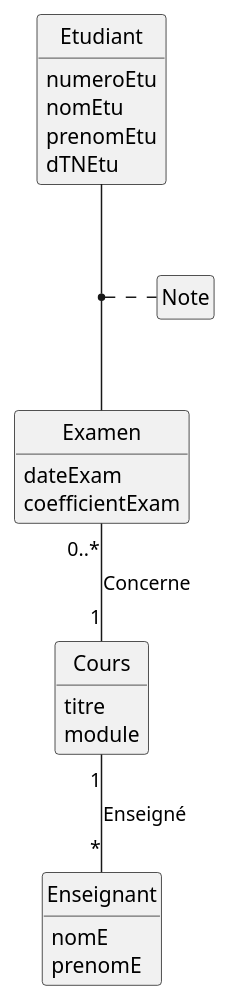
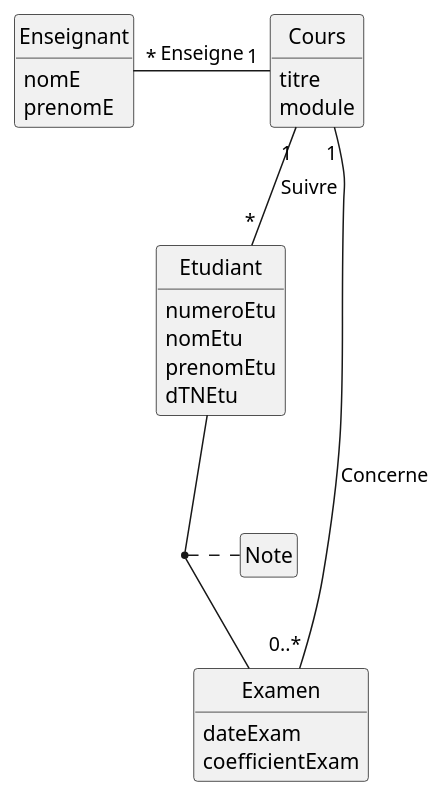
Before and after one commit to IUT-Blagnac/bcoo-LordHugo02: the diagram in TD1/TD1.2.1.plantuml, drawn with PlantUML. The commit also changed 2 other files, not shown here.

Commit message:
Diagramme canin

```diff
--- a/TD1/TD1.2.1.plantuml
+++ b/TD1/TD1.2.1.plantuml
@@ -1,48 +1,50 @@
 @startuml Titre
 '--------------------------------
 ' Parametres pour le dessin
 '--------------------------------
 hide circle
 hide empty members
 hide empty methods
 '--------------------------------
 
 class Etudiant
  {
     numeroEtu
     nomEtu
     prenomEtu
     dTNEtu
 }
 
 class Examen
 {
     dateExam
     coefficientExam
 }
 
 class Note
 {
     
-    
+
 }
 
 class Cours
 {
     titre
     module
 }
 
 
 class Enseignant
 {
    nomE 
    prenomE
 }
 
 
 Examen "0..*" -- "1" Cours : Concerne
 (Etudiant, Examen) . Note
-Cours "1" -- "*" Enseignant : Enseigné
+Cours "1" -left- "*" Enseignant : Enseigne
+Cours "1" -- "*" Etudiant : Suivre
+
 
 @enduml
```
